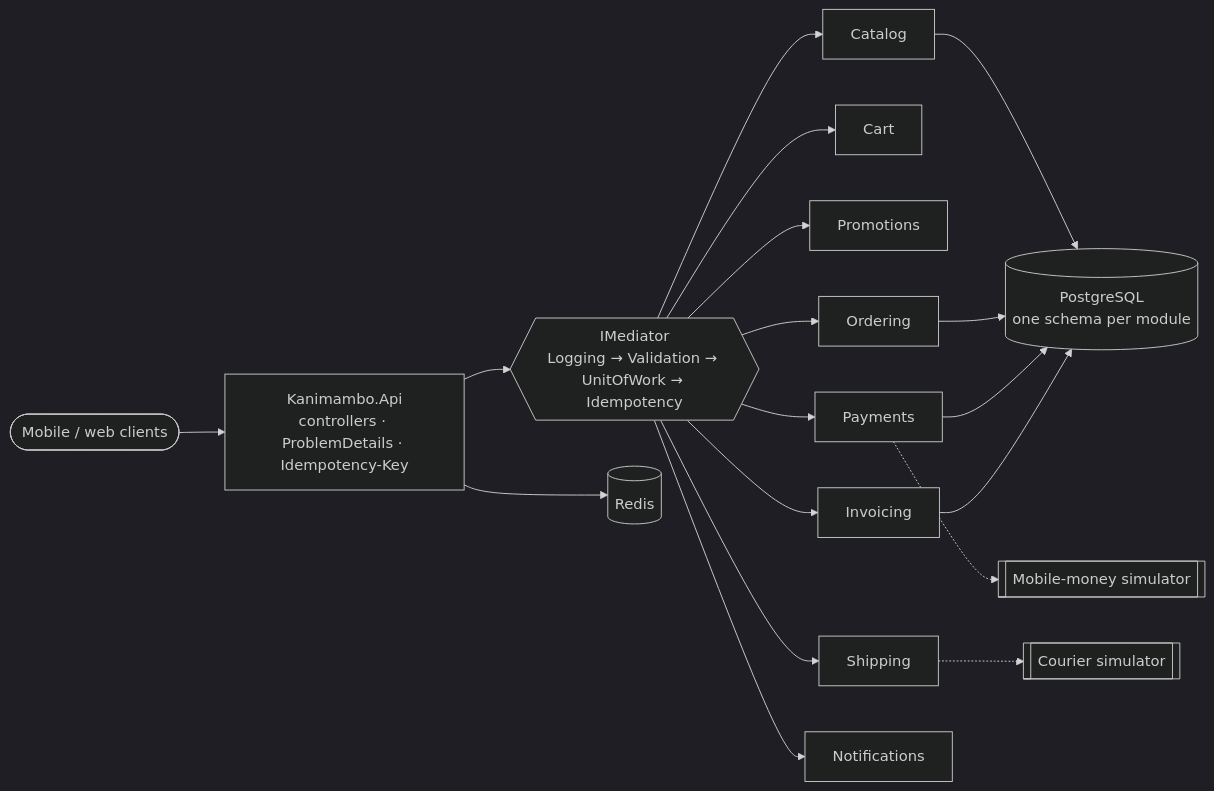
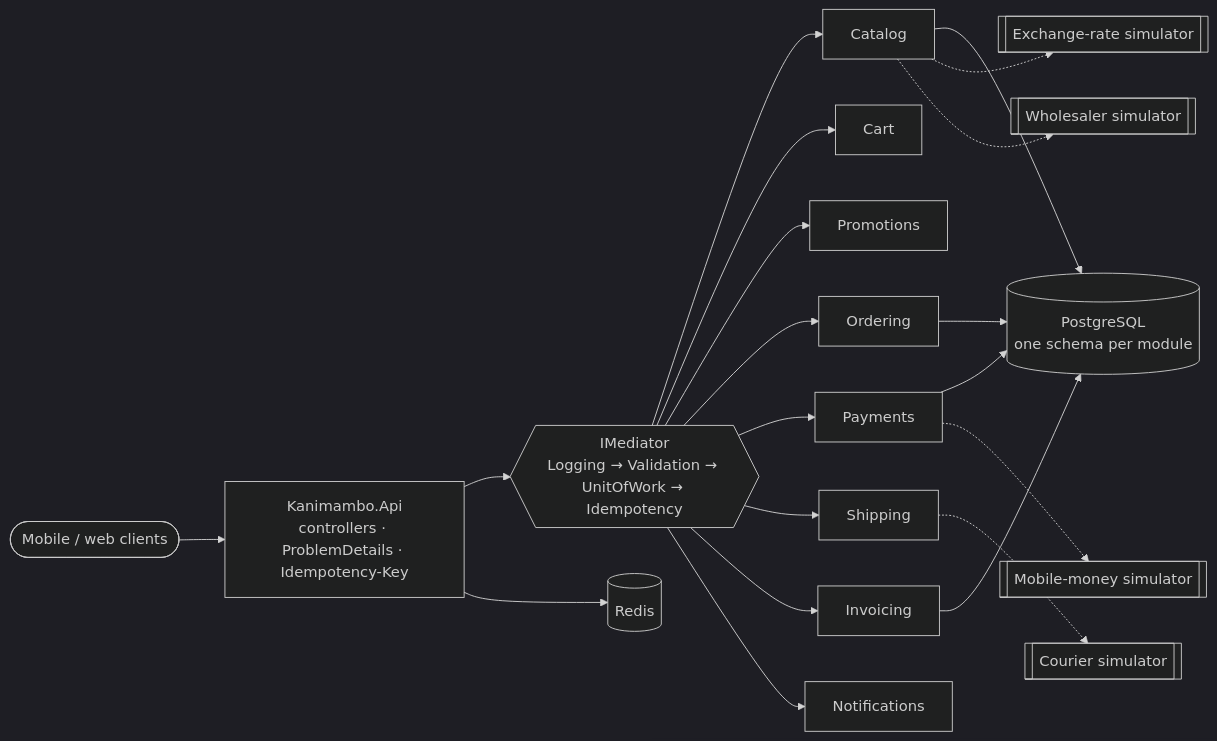
The diagram in README.md (edilsonmanjate/kanimambo-market), drawn with Mermaid (dark theme) before and after one commit. The commit also changed other lines of this file and 12 other files, not shown here.

````diff
--- a/README.md
+++ b/README.md
@@ -71,11 +80,13 @@
 ```mermaid
 flowchart LR
     client([Mobile / web clients]) --> api[Kanimambo.Api<br/>controllers · ProblemDetails · Idempotency-Key]
     api --> mediator{{IMediator<br/>Logging → Validation → UnitOfWork → Idempotency}}
     mediator --> catalog[Catalog] & cart[Cart] & promotions[Promotions] & ordering[Ordering]
     mediator --> payments[Payments] & shipping[Shipping] & invoicing[Invoicing] & notifications[Notifications]
     catalog & ordering & payments & invoicing --> pg[(PostgreSQL<br/>one schema per module)]
     api --> redis[(Redis)]
+    catalog -.-> fx[[Exchange-rate simulator]]
+    catalog -.-> ws[[Wholesaler simulator]]
     payments -.-> mm[[Mobile-money simulator]]
     shipping -.-> courier[[Courier simulator]]
 ```
````
